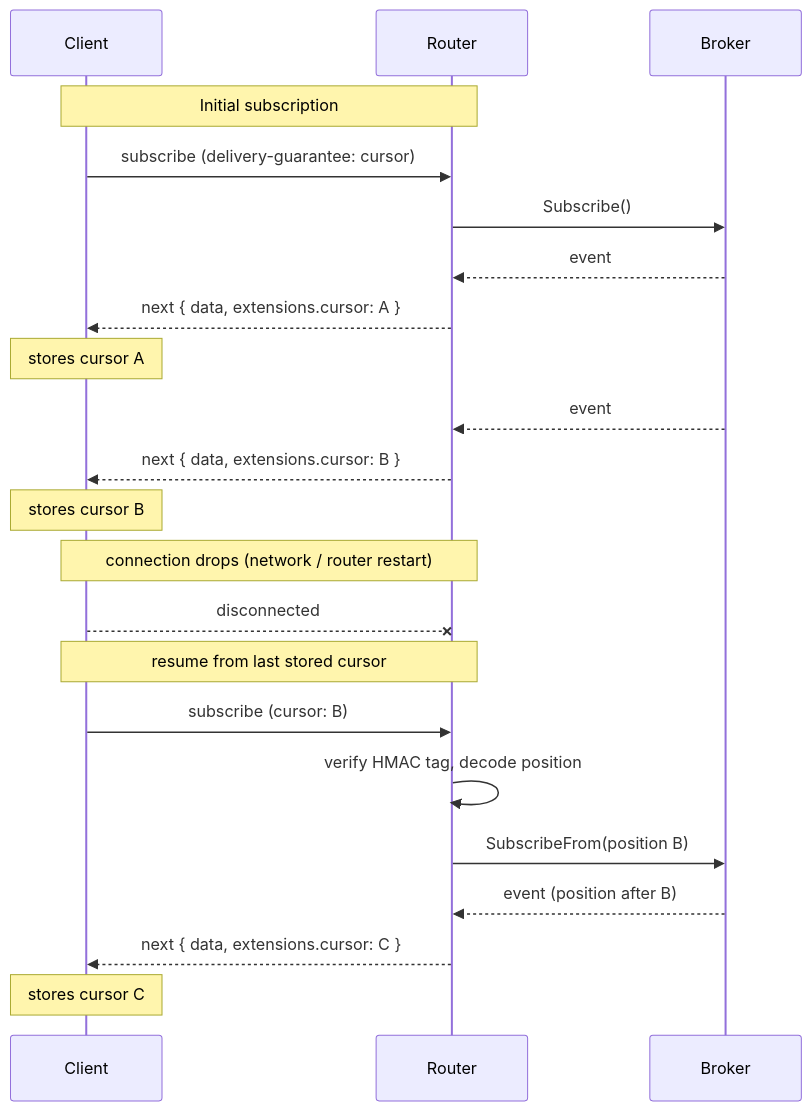
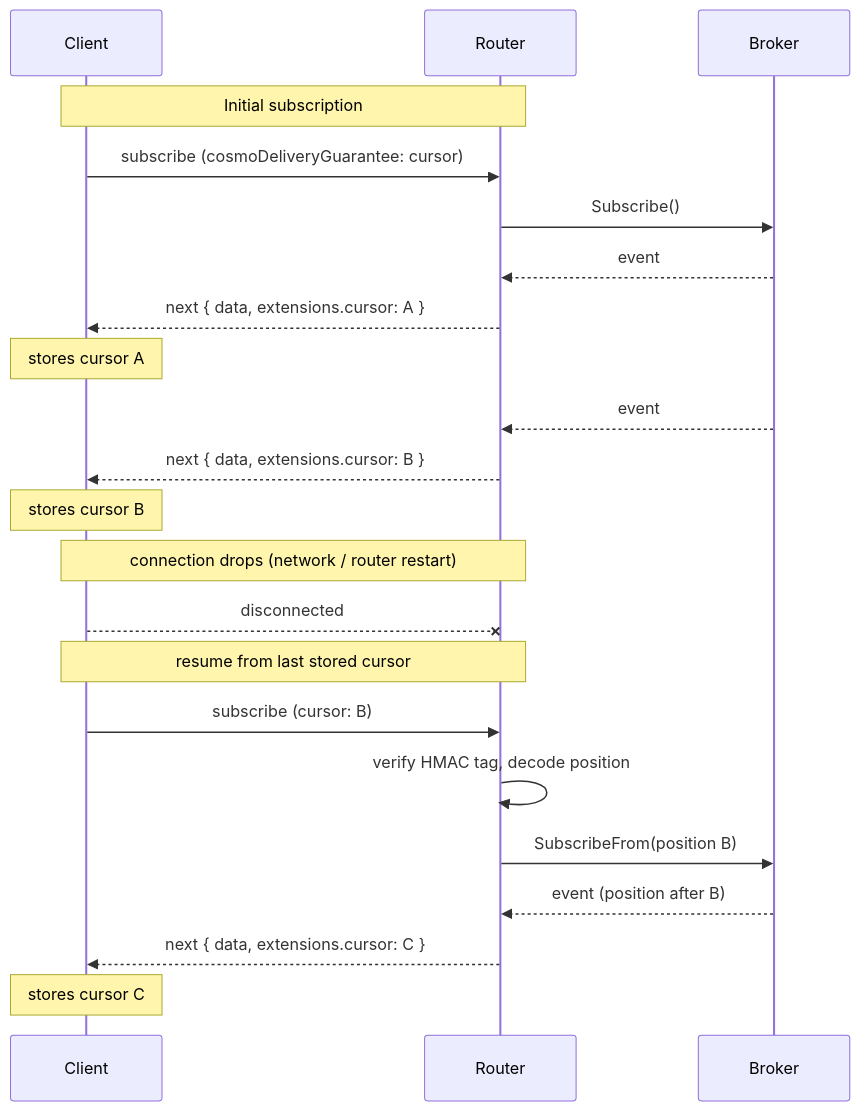
The diagram in rfc/at-least-once-v1.md (wundergraph/cosmo), drawn with Mermaid before and after one commit. The commit also changed other lines of this file and 32 other files, not shown here.

Commit message:
feat(router): add cursor negotiation

````diff
--- a/rfc/at-least-once-v1.md
+++ b/rfc/at-least-once-v1.md
@@ -46,27 +46,27 @@
 ```mermaid
 sequenceDiagram
     participant Client
     participant Router
     participant Broker
 
     Note over Client,Router: Initial subscription
-    Client->>Router: subscribe (delivery-guarantee: cursor)
+    Client->>Router: subscribe (cosmoDeliveryGuarantee: cursor)
     Router->>Broker: Subscribe()
     Broker-->>Router: event
     Router-->>Client: next { data, extensions.cursor: A }
     Note over Client: stores cursor A
     Broker-->>Router: event
     Router-->>Client: next { data, extensions.cursor: B }
     Note over Client: stores cursor B
 
     Note over Client,Router: connection drops (network / router restart)
     Client--xRouter: disconnected
 
     Note over Client,Router: resume from last stored cursor
     Client->>Router: subscribe (cursor: B)
     Router->>Router: verify HMAC tag, decode position
     Router->>Broker: SubscribeFrom(position B)
     Broker-->>Router: event (position after B)
     Router-->>Client: next { data, extensions.cursor: C }
     Note over Client: stores cursor C
 ```
````
